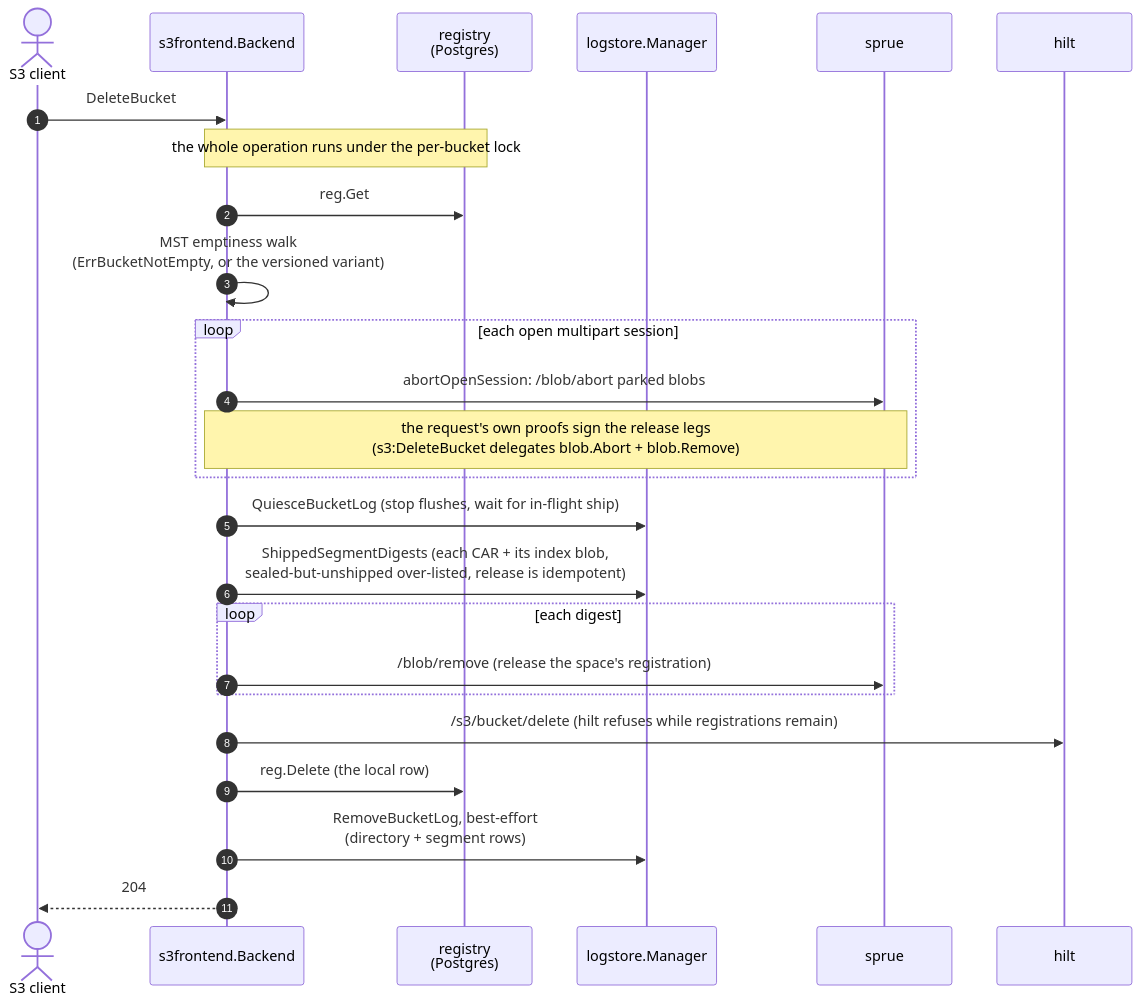
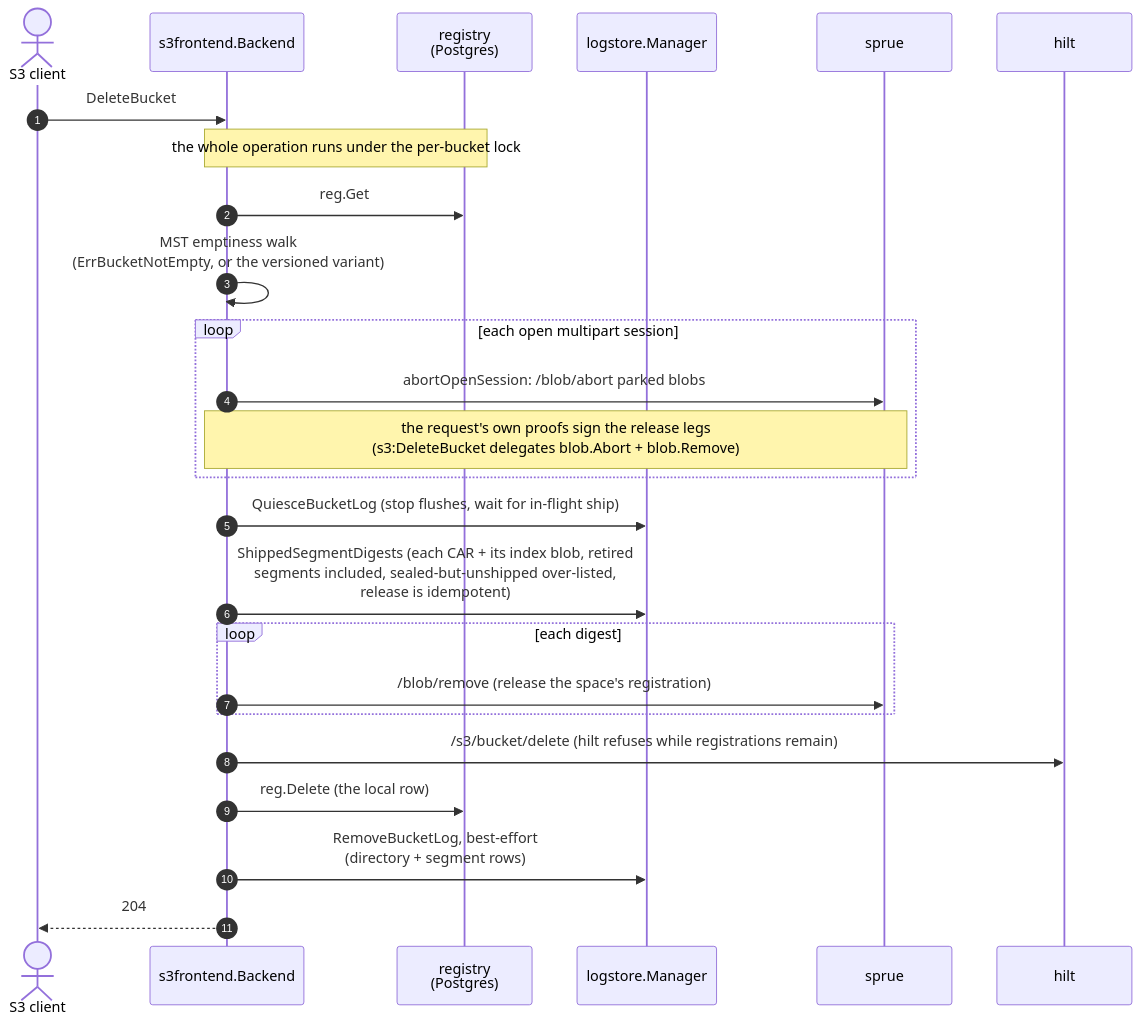
Before and after one commit to fil-forge/ingot: diagram 14 of 14 in docs/diagrams.md, drawn with Mermaid. The commit also changed other lines of this file and 13 other files, not shown here.

First line of the commit message:
Keep a retired catalog segment's row until its bucket is deleted

````diff
--- a/docs/diagrams.md
+++ b/docs/diagrams.md
@@ -1103,28 +1104,28 @@
 ```mermaid
 sequenceDiagram
     autonumber
     actor C as S3 client
     participant B as s3frontend.Backend
     participant R as registry<br/>(Postgres)
     participant L as logstore.Manager
     participant U as sprue
     participant H as hilt
 
     C->>B: DeleteBucket
     Note over B,R: the whole operation runs under the per-bucket lock
     B->>R: reg.Get
     B->>B: MST emptiness walk<br/>(ErrBucketNotEmpty, or the versioned variant)
     loop each open multipart session
         B->>U: abortOpenSession: /blob/abort parked blobs
         Note over B,U: the request's own proofs sign the release legs<br/>(s3:DeleteBucket delegates blob.Abort + blob.Remove)
     end
     B->>L: QuiesceBucketLog (stop flushes, wait for in-flight ship)
-    B->>L: ShippedSegmentDigests (each CAR + its index blob,<br/>sealed-but-unshipped over-listed, release is idempotent)
+    B->>L: ShippedSegmentDigests (each CAR + its index blob, retired<br/>segments included, sealed-but-unshipped over-listed,<br/>release is idempotent)
     loop each digest
         B->>U: /blob/remove (release the space's registration)
     end
     B->>H: /s3/bucket/delete (hilt refuses while registrations remain)
     B->>R: reg.Delete (the local row)
     B->>L: RemoveBucketLog, best-effort<br/>(directory + segment rows)
     B-->>C: 204
 ```
````
